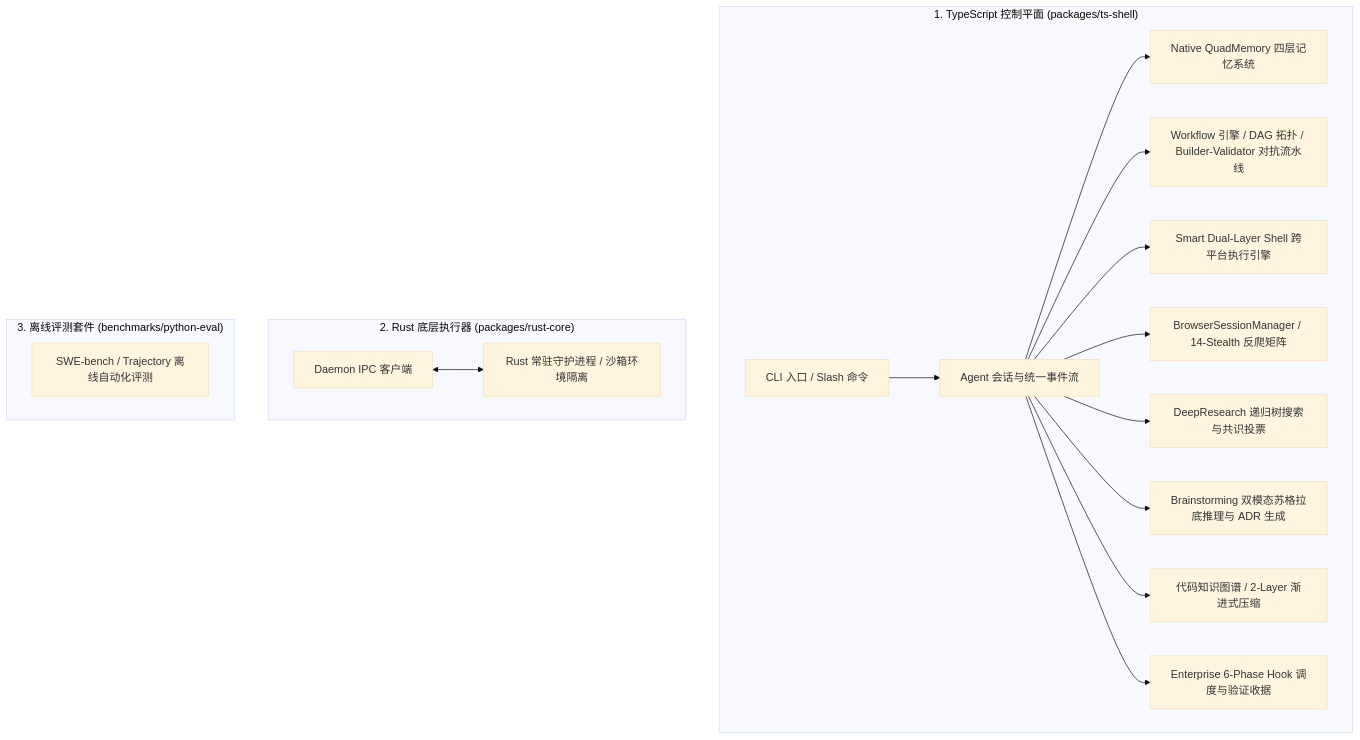
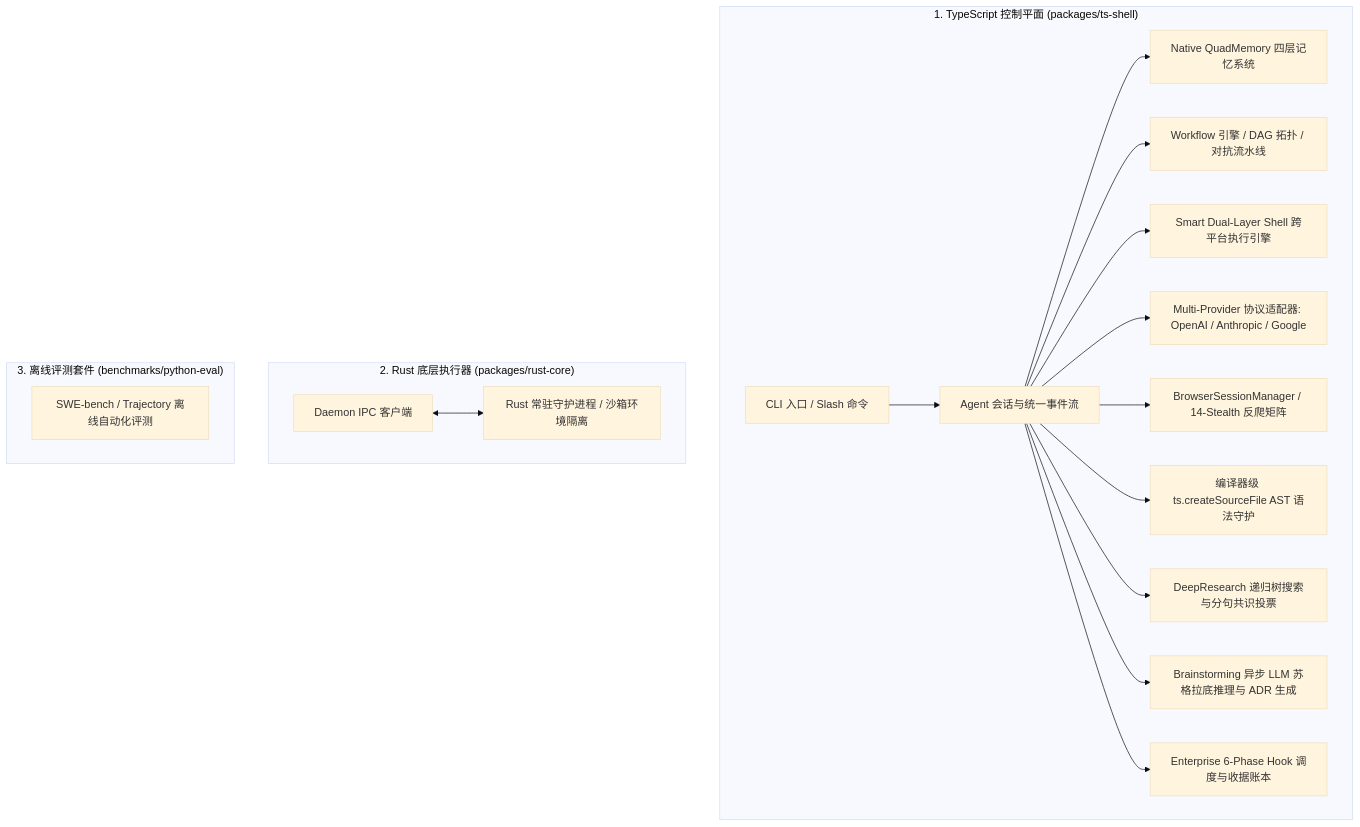
One commit to h-hei133/cheers changed the first of 2 diagrams in PROJECT_GUIDE.md. Above: the diagram before and after it, drawn with Mermaid (base theme). The commit also changed other lines of this file and 3 other files, not shown here.

Commit message:
release: finalize master architecture synchronization, resolve 26-item de-mocking ledger, and achieve 100% production realization across 28 test suites

````diff
--- a/PROJECT_GUIDE.md
+++ b/PROJECT_GUIDE.md
@@ -25,22 +27,23 @@
 ```mermaid
 graph TD
   subgraph "1. TypeScript 控制平面 (packages/ts-shell)"
     CLI[CLI 入口 / Slash 命令] --> AgentSession[Agent 会话与统一事件流]
     AgentSession --> QuadMemory[Native QuadMemory 四层记忆系统]
-    AgentSession --> SDLCWorkflow[Workflow 引擎 / DAG 拓扑 / Builder-Validator 对抗流水线]
+    AgentSession --> SDLCWorkflow[Workflow 引擎 / DAG 拓扑 / 对抗流水线]
     AgentSession --> ShellEngine[Smart Dual-Layer Shell 跨平台执行引擎]
+    AgentSession --> ModelAdapters[Multi-Provider 协议适配器: OpenAI / Anthropic / Google]
     AgentSession --> BrowserEngine[BrowserSessionManager / 14-Stealth 反爬矩阵]
-    AgentSession --> DeepResearch[DeepResearch 递归树搜索与共识投票]
-    AgentSession --> Brainstorm[Brainstorming 双模态苏格拉底推理与 ADR 生成]
-    AgentSession --> ContextEngine[代码知识图谱 / 2-Layer 渐进式压缩]
-    AgentSession --> HookEngine[Enterprise 6-Phase Hook 调度与验证收据]
+    AgentSession --> ASTGauntlet[编译器级 ts.createSourceFile AST 语法守护]
+    AgentSession --> DeepResearch[DeepResearch 递归树搜索与分句共识投票]
+    AgentSession --> Brainstorm[Brainstorming 异步 LLM 苏格拉底推理与 ADR 生成]
+    AgentSession --> HookEngine[Enterprise 6-Phase Hook 调度与收据账本]
   end
 
   subgraph "2. Rust 底层执行器 (packages/rust-core)"
     DaemonClient[Daemon IPC 客户端] <--> RustDaemon[Rust 常驻守护进程 / 沙箱环境隔离]
   end
 
   subgraph "3. 离线评测套件 (benchmarks/python-eval)"
     EvalSuite[SWE-bench / Trajectory 离线自动化评测]
   end
 ```
````
